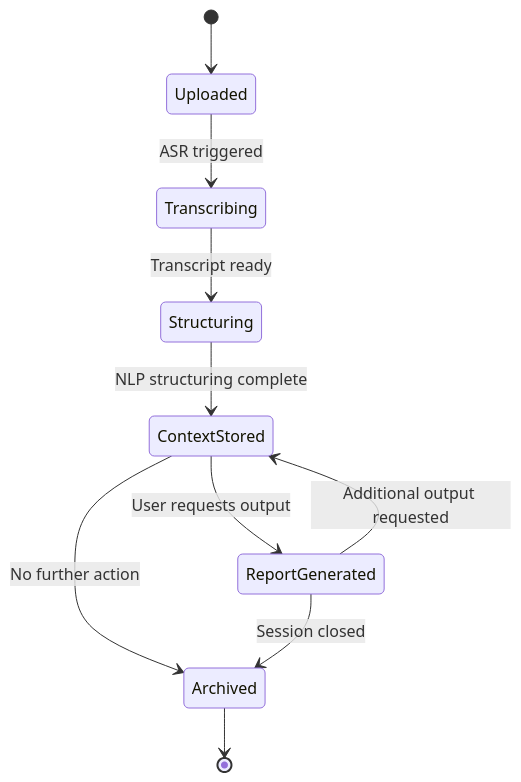
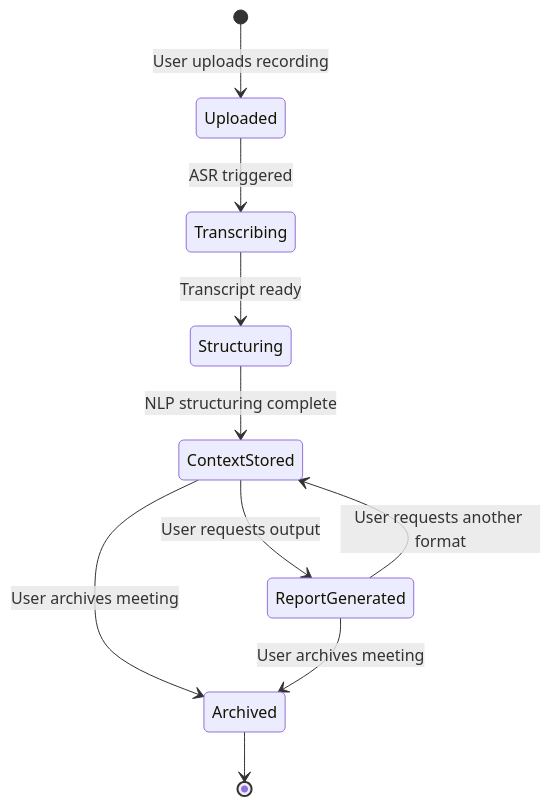
Before and after one commit to Karansinh22/CMIS: the eighth of 8 diagrams in docs/CMIS_UML_Diagrams.md, drawn with Mermaid. The commit also changed other lines of this file and 9 other files, not shown here.

````diff
--- a/docs/CMIS_UML_Diagrams.md
+++ b/docs/CMIS_UML_Diagrams.md
@@ -309,12 +329,12 @@
 ```mermaid
 stateDiagram-v2
-    [*] --> Uploaded
+    [*] --> Uploaded : User uploads recording
     Uploaded --> Transcribing : ASR triggered
     Transcribing --> Structuring : Transcript ready
     Structuring --> ContextStored : NLP structuring complete
     ContextStored --> ReportGenerated : User requests output
-    ReportGenerated --> ContextStored : Additional output requested
-    ContextStored --> Archived : No further action
-    ReportGenerated --> Archived : Session closed
+    ReportGenerated --> ContextStored : User requests another format
+    ContextStored --> Archived : User archives meeting
+    ReportGenerated --> Archived : User archives meeting
     Archived --> [*]
 ```
````
